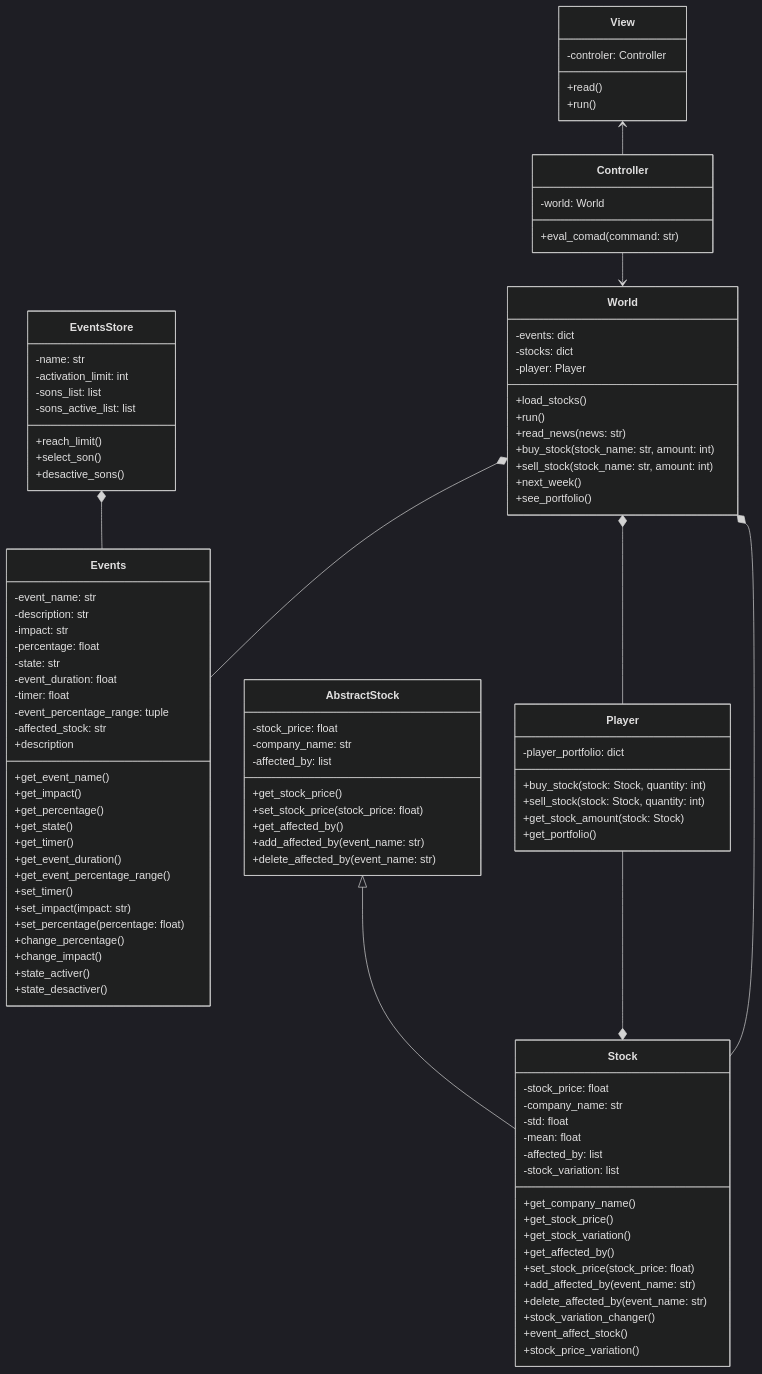
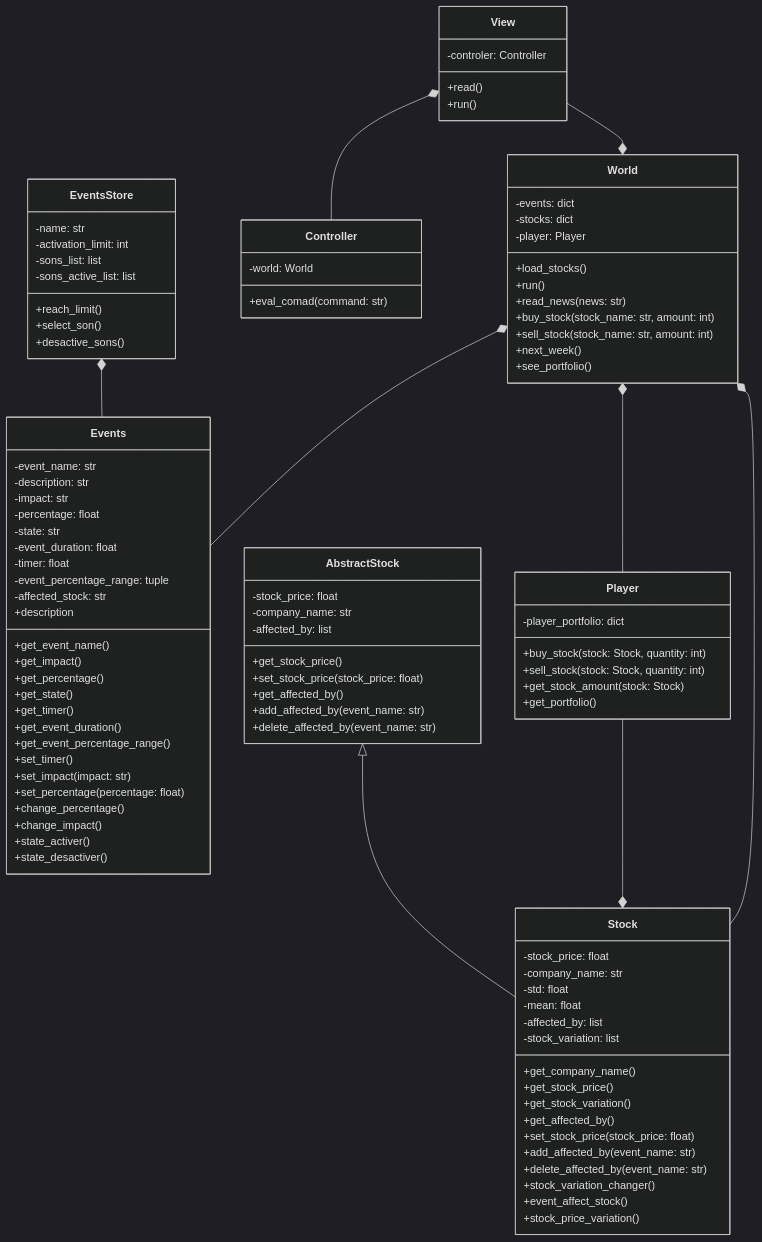
The diagram in README.md (barret50cal3011/Funds-Amentals), drawn with Mermaid (dark theme) before and after one commit.

```diff
--- a/README.md
+++ b/README.md
@@ -116,9 +116,9 @@
 
     EventsStore *-- Events
     AbstractStock <|-- Stock
-    Controller --> World
+    View --* World
     Player --* Stock
-    View <-- Controller
+    View *-- Controller
     World *-- Events
     World *-- Stock
     World *-- Player
```
